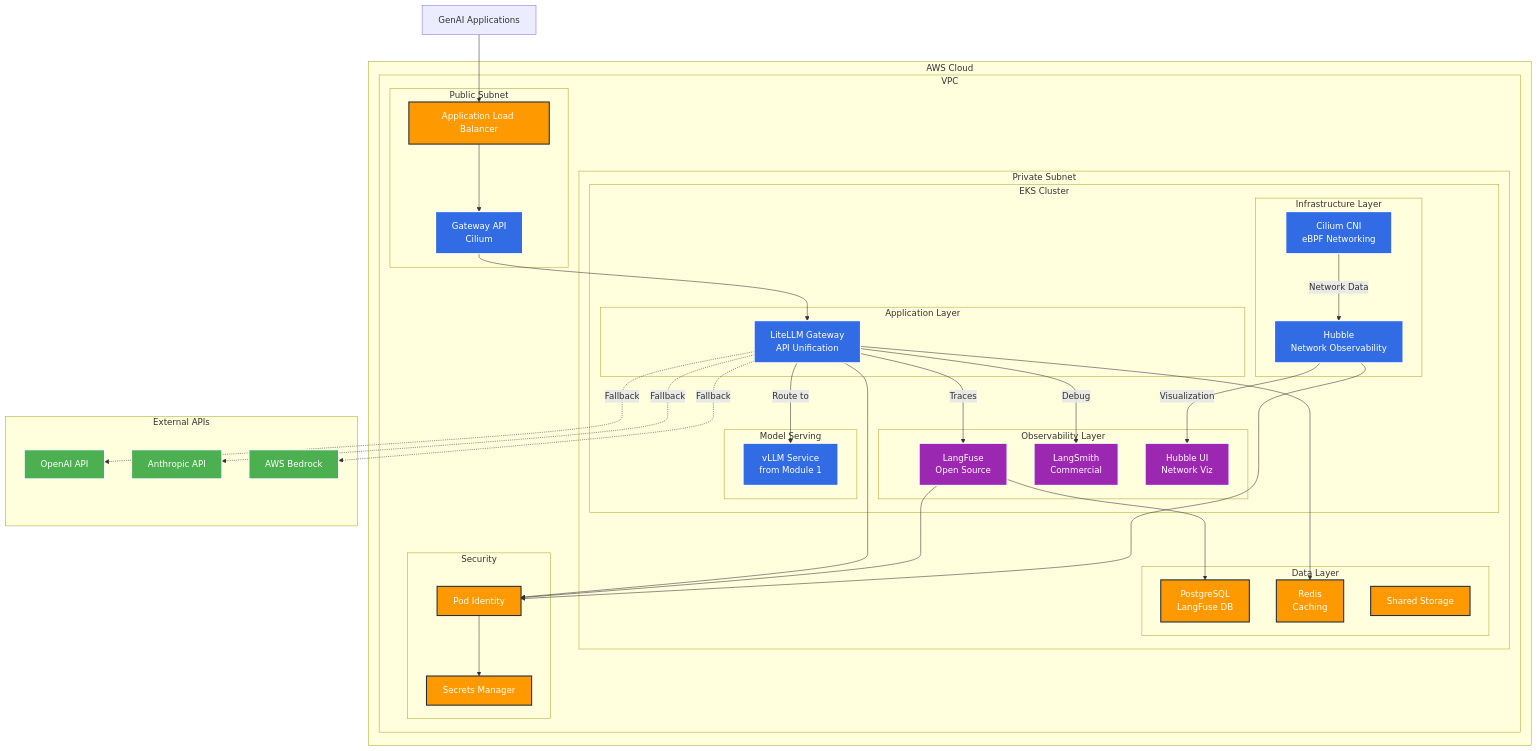
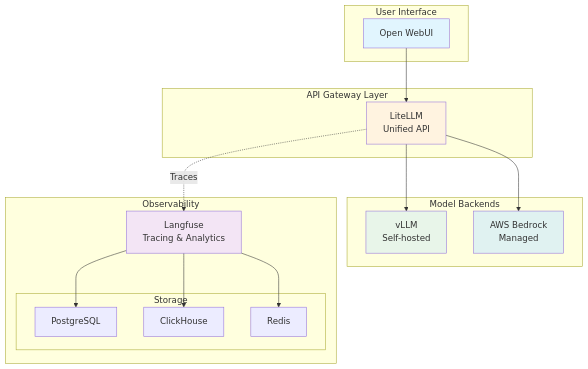
The diagram in workshops/eks-genai-workshop/content/module2-genai-components/index.en.md (aws-samples/sample-genai-on-eks-starter-kit), drawn with Mermaid before and after one commit. The commit also changed other lines of this file and 17 other files, not shown here.

````diff
--- a/workshops/eks-genai-workshop/content/module2-genai-components/index.en.md
+++ b/workshops/eks-genai-workshop/content/module2-genai-components/index.en.md
@@ -16,87 +24,38 @@
 ```mermaid
 graph TB
-    Users[GenAI Applications] --> ALB[Application Load Balancer]
+    subgraph "User Interface"
+        OW[Open WebUI]
+    end
     
-    subgraph "AWS Cloud"
-        subgraph "VPC"
-            subgraph "Public Subnet"
-                ALB
-                GatewayAPI[Gateway API<br/>Cilium]
-            end
-            
-            subgraph "Private Subnet"
-                subgraph "EKS Cluster"
-                    subgraph "Application Layer"
-                        LiteLLM[LiteLLM Gateway<br/>API Unification]
-                    end
-                    
-                    subgraph "Observability Layer"
-                        LangFuse[LangFuse<br/>Open Source]
-                        LangSmith[LangSmith<br/>Commercial]
-                        HubbleUI[Hubble UI<br/>Network Viz]
-                    end
-                    
-                    subgraph "Infrastructure Layer"
-                        Cilium[Cilium CNI<br/>eBPF Networking]
-                        Hubble[Hubble<br/>Network Observability]
-                    end
-                    
-                    subgraph "Model Serving"
-                        vLLMSvc[vLLM Service<br/>from Module 1]
-                    end
-                end
-                
-                subgraph "Data Layer"
-                    PostgreSQL[PostgreSQL<br/>LangFuse DB]
-                    Redis[Redis<br/>Caching]
-                    EFS[Shared Storage]
-                end
-            end
-            
-            subgraph "Security"
-                PodIdentity[Pod Identity]
-                SecretsManager[Secrets Manager]
-            end
+    subgraph "API Gateway Layer"
+        LL[LiteLLM<br/>Unified API]
+    end
+    
+    subgraph "Model Backends"
+        VLLM[vLLM<br/>Self-hosted]
+        BEDROCK[AWS Bedrock<br/>Managed]
+    end
+    
+    subgraph "Observability"
+        LF[Langfuse<br/>Tracing & Analytics]
+        subgraph "Storage"
+            PG[PostgreSQL]
+            CH[ClickHouse]
+            REDIS[Redis]
         end
     end
     
-    subgraph "External APIs"
-        OpenAI[OpenAI API]
-        Anthropic[Anthropic API]
-        Bedrock[AWS Bedrock]
-    end
+    OW --> LL
+    LL --> VLLM
+    LL --> BEDROCK
+    LL -.->|Traces| LF
+    LF --> PG
+    LF --> CH
+    LF --> REDIS
     
-    %% Connections
-    ALB --> GatewayAPI
-    GatewayAPI --> LiteLLM
-    LiteLLM -->|Route to| vLLMSvc
-    LiteLLM -.->|Fallback| OpenAI
-    LiteLLM -.->|Fallback| Anthropic
-    LiteLLM -.->|Fallback| Bedrock
-    
-    %% Observability flows
-    LiteLLM -->|Traces| LangFuse
-    LiteLLM -->|Debug| LangSmith
-    Cilium -->|Network Data| Hubble
-    Hubble -->|Visualization| HubbleUI
-    
-    %% Data flows
-    LangFuse --> PostgreSQL
-    LiteLLM --> Redis
-    
-    %% Security
-    LiteLLM --> PodIdentity
-    LangFuse --> PodIdentity
-    Hubble --> PodIdentity
-    PodIdentity --> SecretsManager
-    
-    classDef aws fill:#FF9900,stroke:#232F3E,stroke-width:2px,color:#fff
-    classDef k8s fill:#326CE5,stroke:#fff,stroke-width:2px,color:#fff
-    classDef observability fill:#9C27B0,stroke:#fff,stroke-width:2px,color:#fff
-    classDef external fill:#4CAF50,stroke:#fff,stroke-width:2px,color:#fff
-    
-    class ALB,PostgreSQL,Redis,EFS,PodIdentity,SecretsManager aws
-    class LiteLLM,vLLMSvc,Cilium,Hubble,GatewayAPI k8s
-    class LangFuse,LangSmith,HubbleUI observability
-    class OpenAI,Anthropic,Bedrock external
+    style OW fill:#e1f5fe
+    style LL fill:#fff3e0
+    style LF fill:#f3e5f5
+    style VLLM fill:#e8f5e9
+    style BEDROCK fill:#e0f2f1
 ```
````
